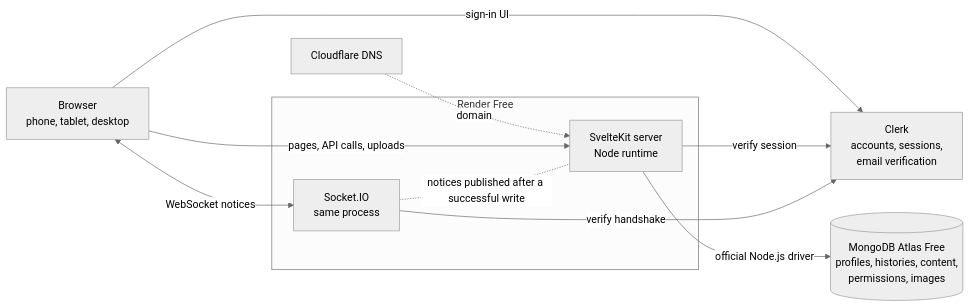
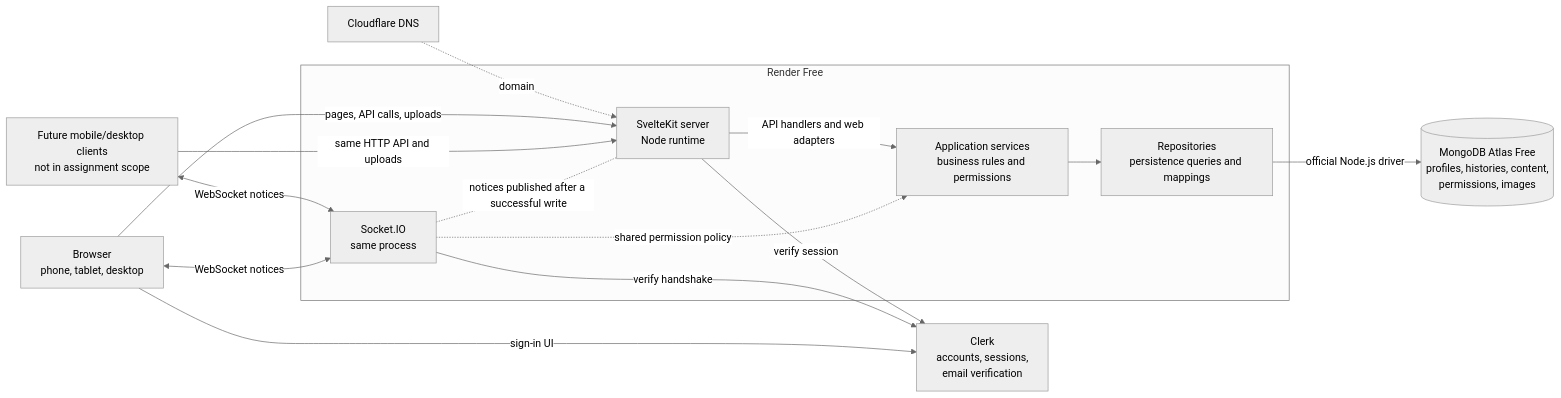
The first of 7 diagrams in docs/technical/diagrams.md (Mystery2099/courseboard), drawn with Mermaid (neutral theme) before and after one commit. The commit also changed other lines of this file and 4 other files, not shown here.

First line of the commit message:
Confirm client/server architecture decision in docs

````diff
--- a/docs/technical/diagrams.md
+++ b/docs/technical/diagrams.md
@@ -9,22 +11,30 @@
 ```mermaid
 flowchart LR
     browser["Browser<br/>phone, tablet, desktop"]
+    native["Future mobile/desktop clients<br/>not in assignment scope"]
 
     subgraph render["Render Free"]
         app["SvelteKit server<br/>Node runtime"]
         sockets["Socket.IO<br/>same process"]
+        services["Application services<br/>business rules and permissions"]
+        repositories["Repositories<br/>persistence queries and mappings"]
     end
 
     clerk["Clerk<br/>accounts, sessions,<br/>email verification"]
     atlas[("MongoDB Atlas Free<br/>profiles, histories, content,<br/>permissions, images")]
     dns["Cloudflare DNS"]
 
     dns -. domain .-> app
     browser -- "pages, API calls, uploads" --> app
+    native -- "same HTTP API and uploads" --> app
+    native <-- "WebSocket notices" --> sockets
     browser <-- "WebSocket notices" --> sockets
     browser -- "sign-in UI" --> clerk
     app -- "verify session" --> clerk
     sockets -- "verify handshake" --> clerk
-    app -- "official Node.js driver" --> atlas
+    app -- "API handlers and web adapters" --> services
+    services --> repositories
+    repositories -- "official Node.js driver" --> atlas
+    sockets -. "shared permission policy" .-> services
     sockets -. "notices published after a successful write" .- app
 ```
````
